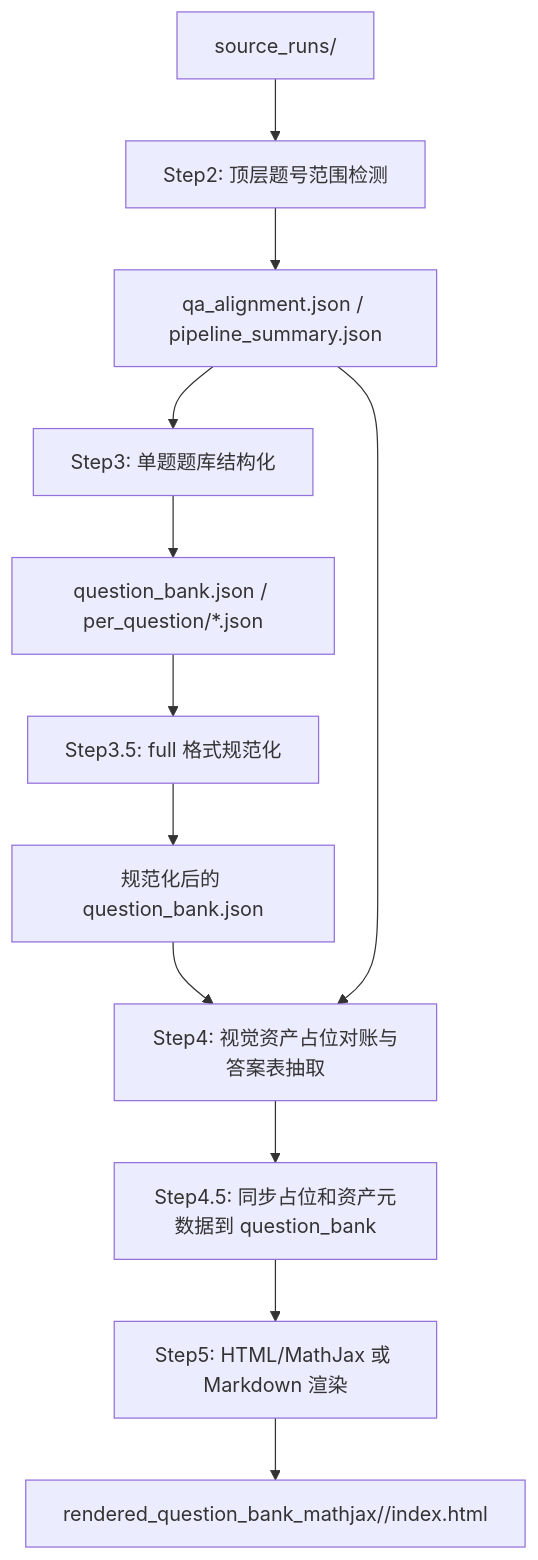
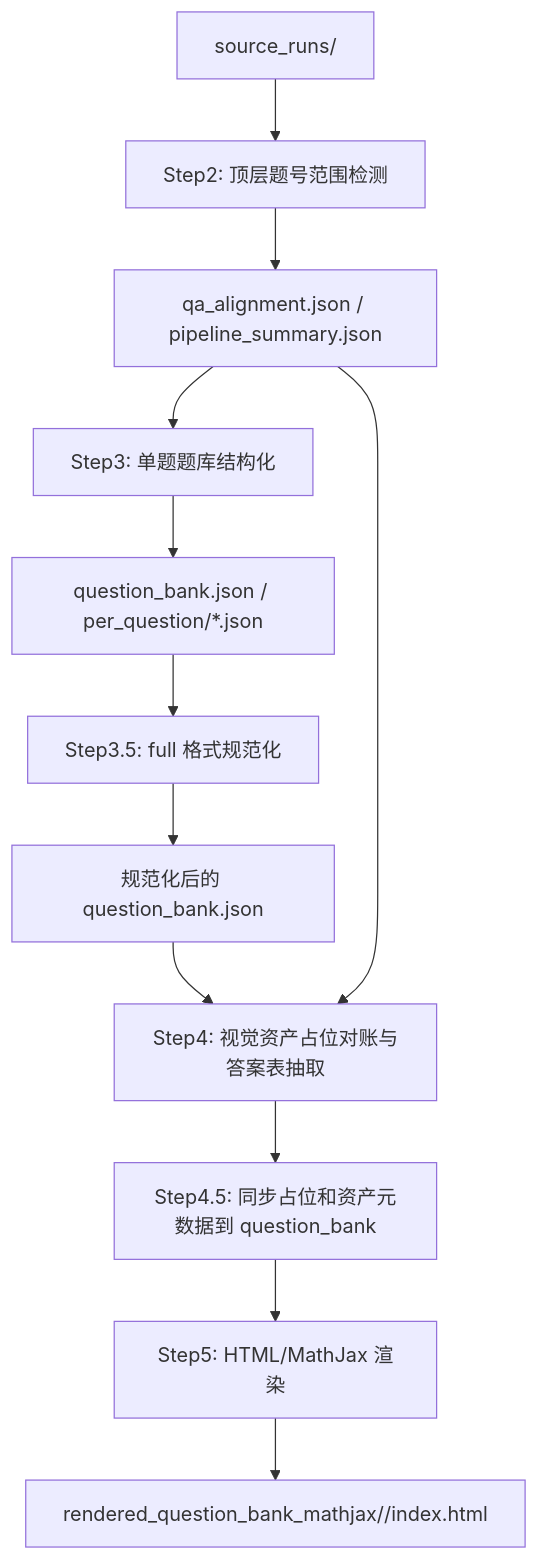
One commit to 404698-FDU/MathExam2QuestionBank-sources changed the diagram in doc/zh_CN/step_pipeline_processing_flow.md. Above: the diagram before and after it, drawn with Mermaid. The commit also changed other lines of this file and 43 other files, not shown here.

````diff
--- a/doc/zh_CN/step_pipeline_processing_flow.md
+++ b/doc/zh_CN/step_pipeline_processing_flow.md
@@ -9,14 +9,14 @@
 ```mermaid
 flowchart TD
   A["source_runs/<run_id>"] --> B["Step2: 顶层题号范围检测"]
   B --> C["qa_alignment.json / pipeline_summary.json"]
   C --> D["Step3: 单题题库结构化"]
   D --> E["question_bank.json / per_question/*.json"]
   E --> F["Step3.5: full 格式规范化"]
   F --> G["规范化后的 question_bank.json"]
   G --> H["Step4: 视觉资产占位对账与答案表抽取"]
   C --> H
   H --> I["Step4.5: 同步占位和资产元数据到 question_bank"]
-  I --> J["Step5: HTML/MathJax 或 Markdown 渲染"]
+  I --> J["Step5: HTML/MathJax 渲染"]
   J --> K["rendered_question_bank_mathjax/<run_id>/index.html"]
 ```
````
